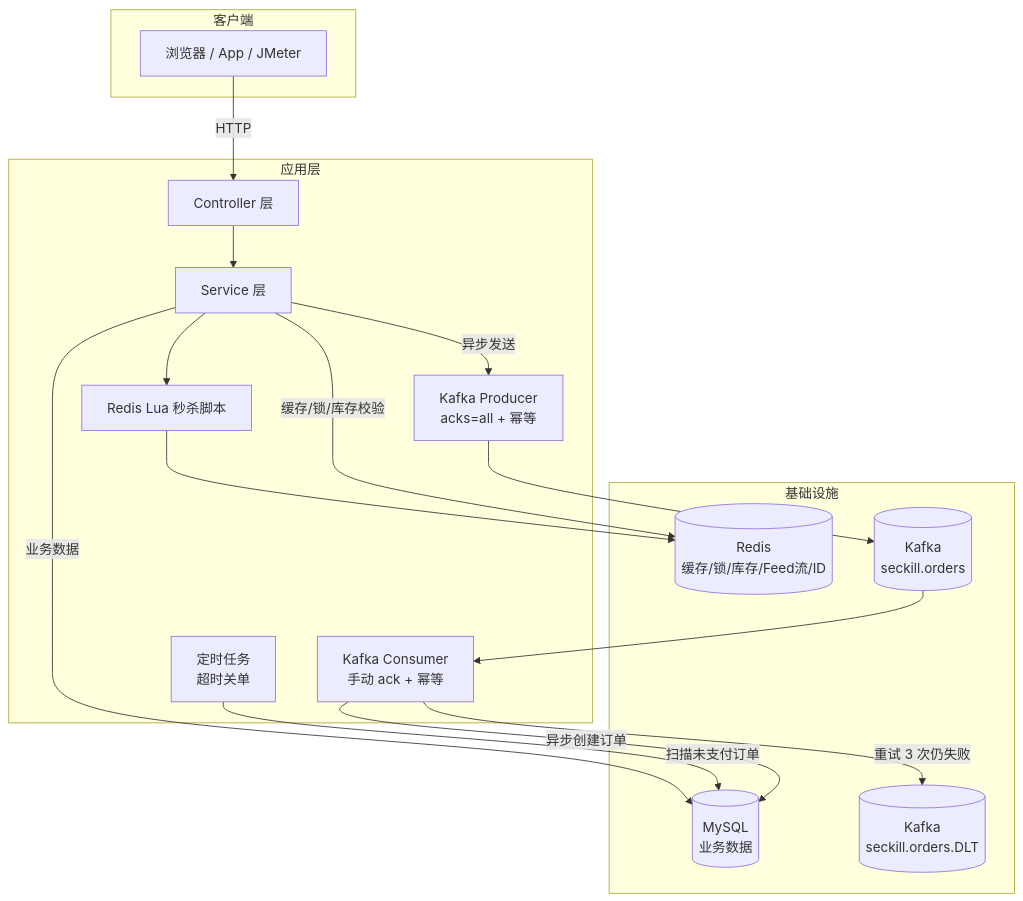
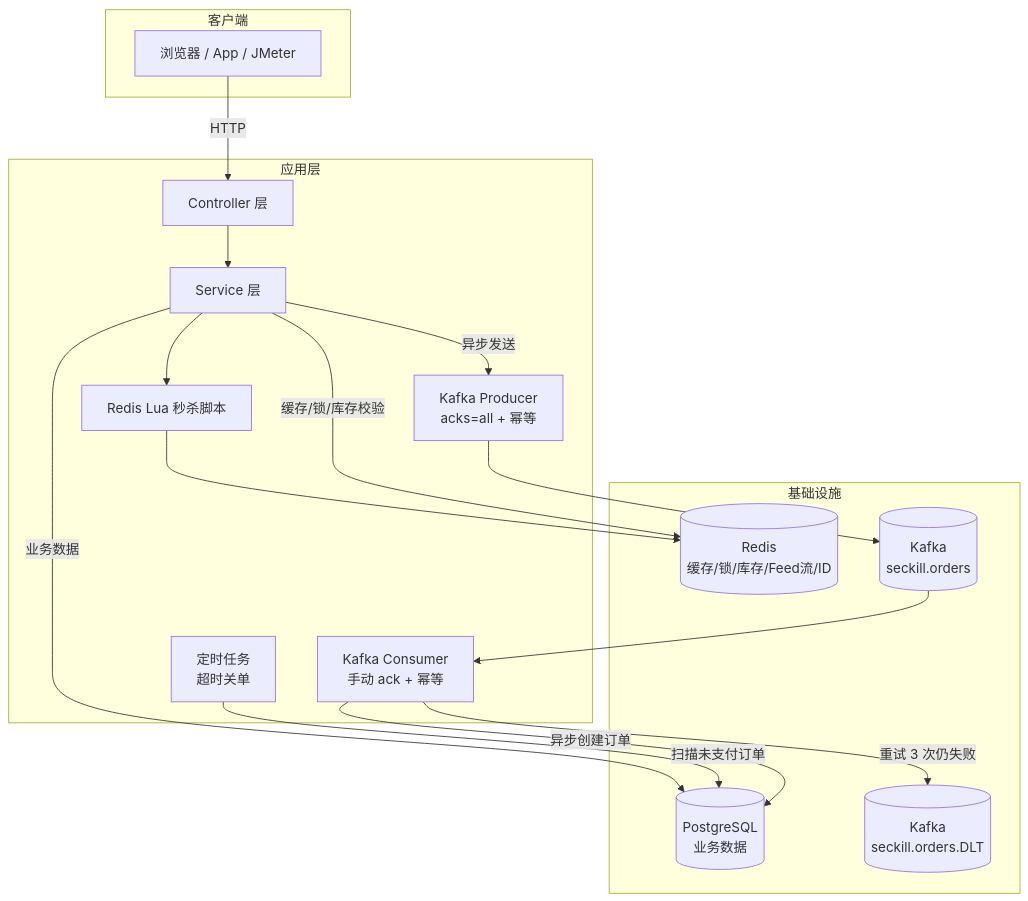
One commit to TokaiTeio666/sun_life changed the first of 2 diagrams in README.md. Above: the diagram before and after it, drawn with Mermaid. The commit also changed other lines of this file and 47 other files, not shown here.

First line of the commit message:
feat(db): 数据库从 MySQL 8 迁移到 PostgreSQL 16

````diff
--- a/README.md
+++ b/README.md
@@ -34,35 +34,35 @@
 ```mermaid
 flowchart TB
     subgraph 客户端
         U[浏览器 / App / JMeter]
     end
 
     subgraph 应用层
         C[Controller 层]
         S[Service 层]
         LUA[Redis Lua 秒杀脚本]
         MQPROD[Kafka Producer<br/>acks=all + 幂等]
         MQCONS[Kafka Consumer<br/>手动 ack + 幂等]
         SCHED[定时任务<br/>超时关单]
     end
 
     subgraph 基础设施
         REDIS[(Redis<br/>缓存/锁/库存/Feed流/ID)]
-        DB[(MySQL<br/>业务数据)]
+        DB[(PostgreSQL<br/>业务数据)]
         MQ[(Kafka<br/>seckill.orders)]
         DLT[(Kafka<br/>seckill.orders.DLT)]
     end
 
     U -->|HTTP| C
     C --> S
     S -->|缓存/锁/库存校验| REDIS
     S --> LUA
     LUA --> REDIS
     S -->|异步发送| MQPROD
     MQPROD --> MQ
     MQ --> MQCONS
     MQCONS -->|异步创建订单| DB
     MQCONS -->|重试 3 次仍失败| DLT
     SCHED -->|扫描未支付订单| DB
     S -->|业务数据| DB
 ```
````
